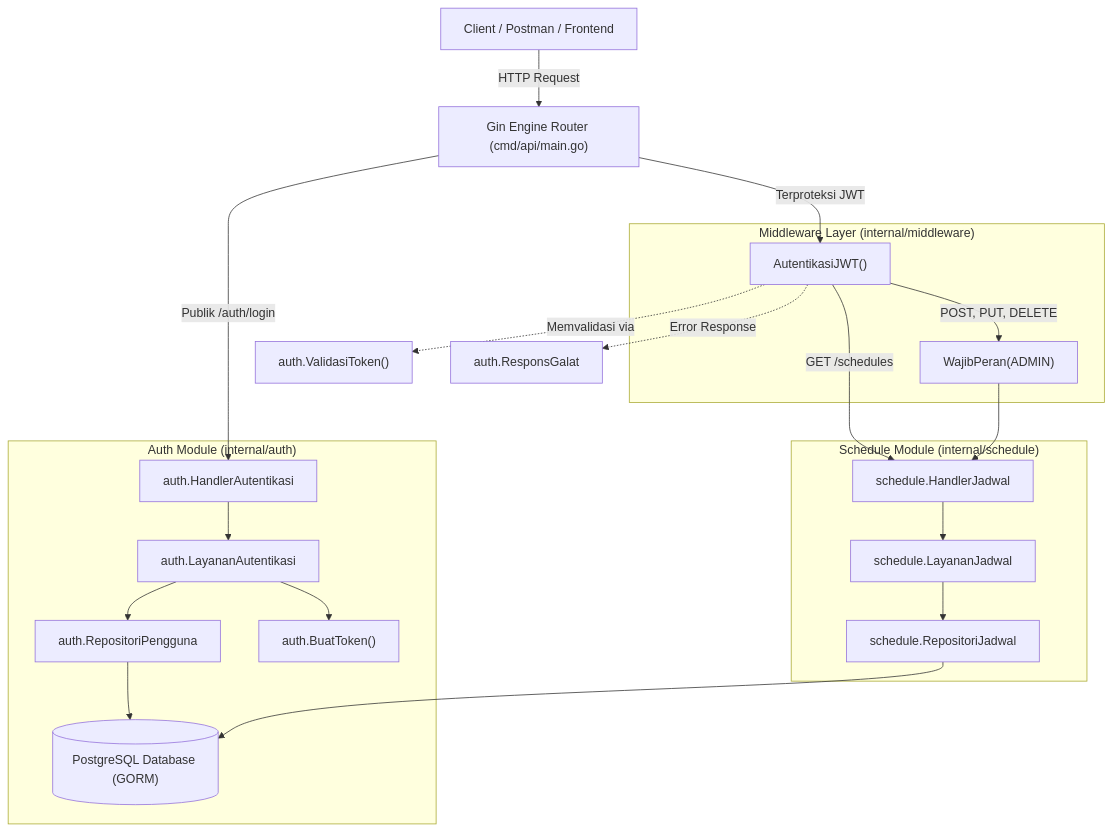
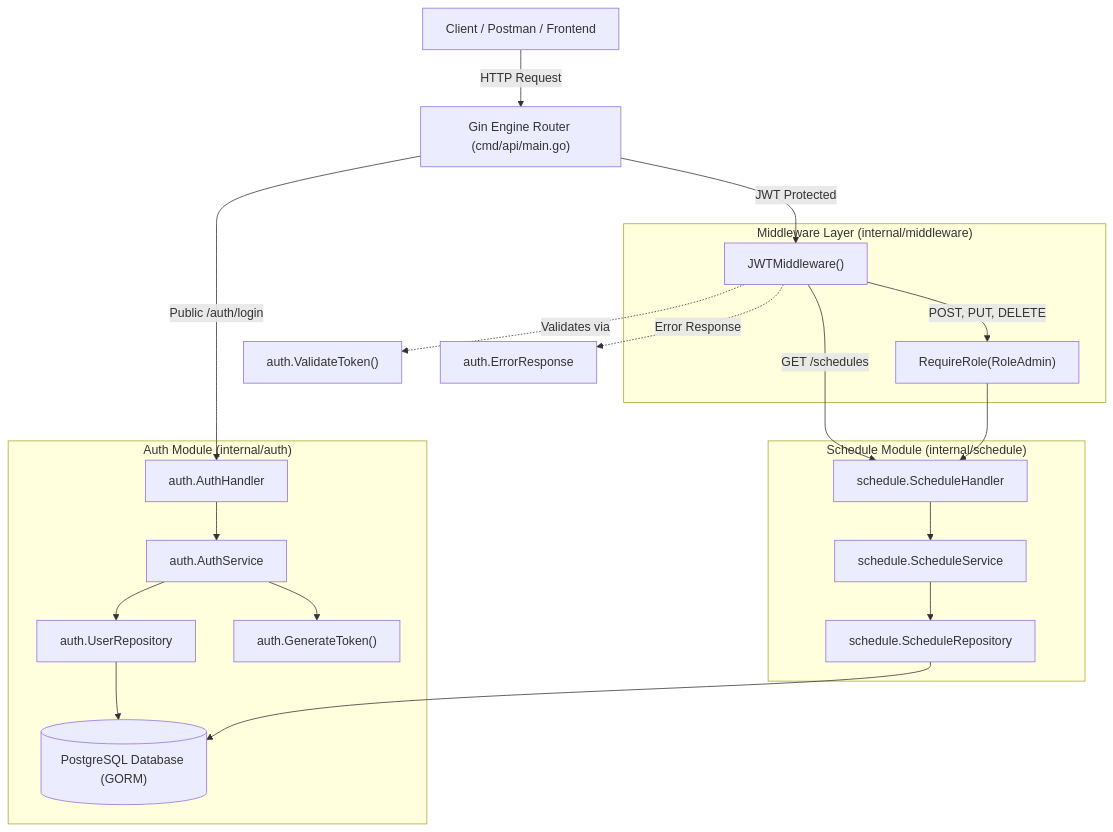
Before and after one commit to yesterdaygrace/CinemaSystem: the diagram in docs/modules/README.md, drawn with Mermaid. The commit also changed other lines of this file and 84 other files, not shown here.

Commit message:
docs & feat: consolidate MKP assessment deliverables, update root README and schema

````diff
--- a/docs/modules/README.md
+++ b/docs/modules/README.md
@@ -14,31 +14,31 @@
 ```mermaid
 flowchart TD
     Client["Client / Postman / Frontend"] -->|"HTTP Request"| GinRouter["Gin Engine Router (cmd/api/main.go)"]
 
     subgraph MiddlewareLayer ["Middleware Layer (internal/middleware)"]
-        JWTMiddleware["AutentikasiJWT()"]
-        RoleMiddleware["WajibPeran(ADMIN)"]
+        JWTMiddleware["JWTMiddleware()"]
+        RoleMiddleware["RequireRole(RoleAdmin)"]
     end
 
-    GinRouter -->|"Publik /auth/login"| AuthHandler["auth.HandlerAutentikasi"]
-    GinRouter -->|"Terproteksi JWT"| JWTMiddleware
-    JWTMiddleware -->|"GET /schedules"| ScheduleHandler["schedule.HandlerJadwal"]
+    GinRouter -->|"Public /auth/login"| AuthHandler["auth.AuthHandler"]
+    GinRouter -->|"JWT Protected"| JWTMiddleware
+    JWTMiddleware -->|"GET /schedules"| ScheduleHandler["schedule.ScheduleHandler"]
     JWTMiddleware -->|"POST, PUT, DELETE"| RoleMiddleware
     RoleMiddleware --> ScheduleHandler
 
     subgraph AuthModule ["Auth Module (internal/auth)"]
-        AuthHandler --> AuthService["auth.LayananAutentikasi"]
-        AuthService --> AuthRepo["auth.RepositoriPengguna"]
-        AuthService --> JWTUtil["auth.BuatToken()"]
+        AuthHandler --> AuthService["auth.AuthService"]
+        AuthService --> AuthRepo["auth.UserRepository"]
+        AuthService --> JWTUtil["auth.GenerateToken()"]
         AuthRepo --> DB[("PostgreSQL Database (GORM)")]
     end
 
     subgraph ScheduleModule ["Schedule Module (internal/schedule)"]
-        ScheduleHandler --> ScheduleService["schedule.LayananJadwal"]
-        ScheduleService --> ScheduleRepo["schedule.RepositoriJadwal"]
+        ScheduleHandler --> ScheduleService["schedule.ScheduleService"]
+        ScheduleService --> ScheduleRepo["schedule.ScheduleRepository"]
         ScheduleRepo --> DB
     end
 
-    JWTMiddleware -.->|"Memvalidasi via"| AuthJWT["auth.ValidasiToken()"]
-    JWTMiddleware -.->|"Error Response"| AuthError["auth.ResponsGalat"]
+    JWTMiddleware -.->|"Validates via"| AuthJWT["auth.ValidateToken()"]
+    JWTMiddleware -.->|"Error Response"| AuthError["auth.ErrorResponse"]
 ```
````
